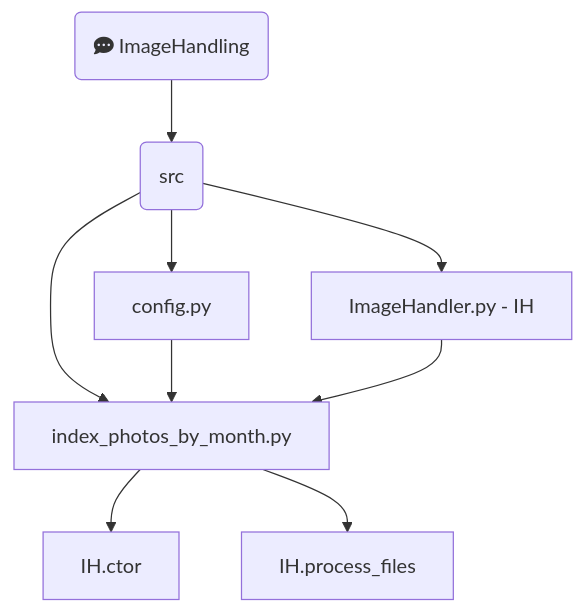
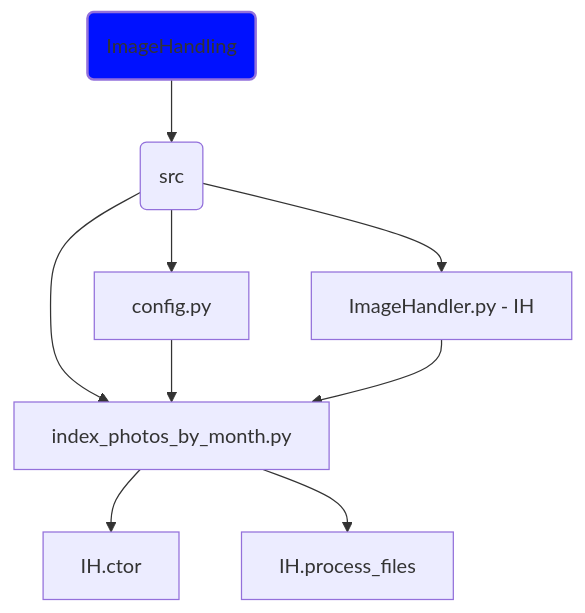
One commit to aadennis/PythonSandboxAA changed the diagram in ImageHandling/docs/photo_indexer.md. Above: the diagram before and after it, drawn with Mermaid.

````diff
--- a/ImageHandling/docs/photo_indexer.md
+++ b/ImageHandling/docs/photo_indexer.md
@@ -6,22 +6,24 @@
 ```mermaid
 %% conventions: folders-F, modules-M,methods-m
 graph TD
 %% Nodes
-    F1(fa:fa-comment-dots ImageHandling)
+classDef bluefill fill:#01f,stroke:#white,stroke-width:2px,color:#;
+
+    F1(ImageHandling):::bluefill
     F2(src)
     M1[index_photos_by_month.py]
     M2[config.py]
     M3[ImageHandler.py - IH]
     m1[IH.ctor]
     m2[IH.process_files]
 %% Node connections
     F1 --> F2
     F2 --> M1
     F2 --> M2
     F2 --> M3
     M2 --> M1
     M3 --> M1
     M1 --> m1
     M1 --> m2 
     
 ```
````
